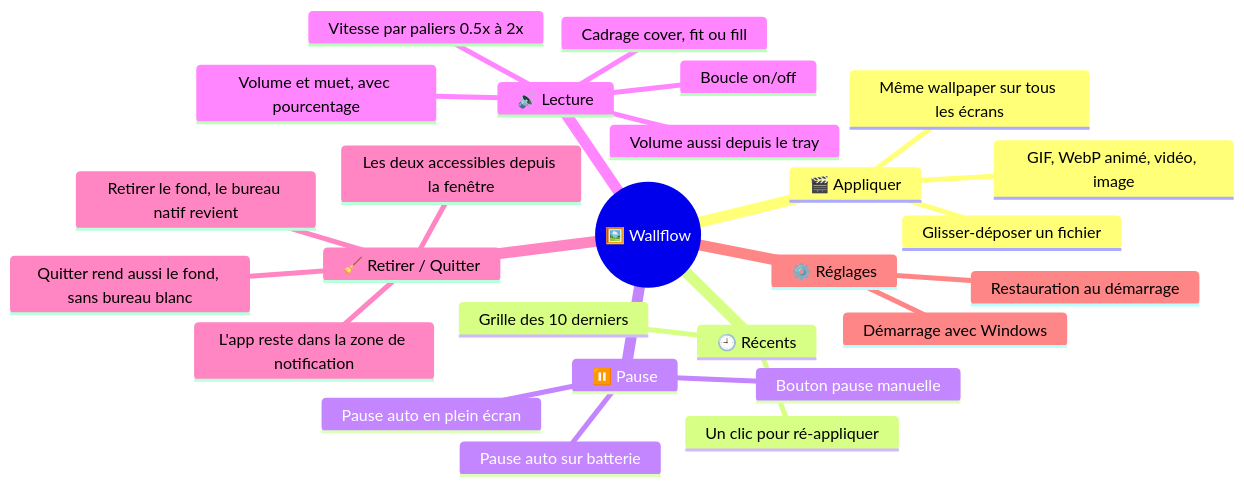
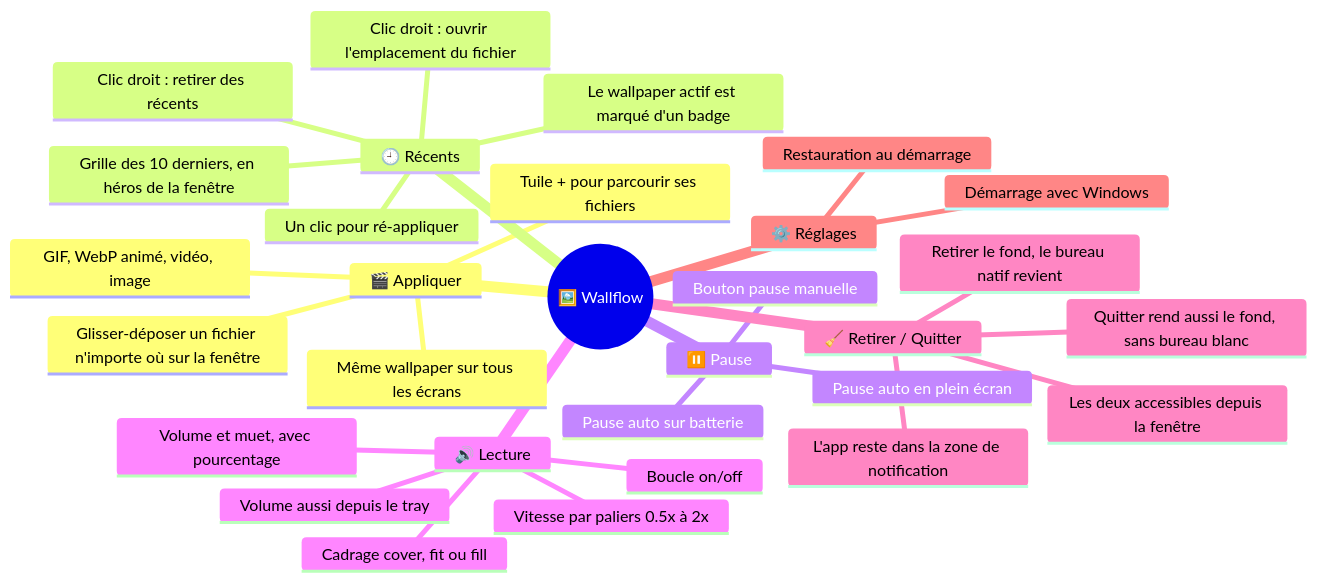
One commit to KevinT78/wallflow changed the first of 4 diagrams in docs/VUE-PRODUIT.md. Above: the diagram before and after it, drawn with Mermaid. The commit also changed other lines of this file and 2 other files, not shown here.

Commit message:
docs: sync refonte fenetre (glossaire, vue produit, architecture)

````diff
--- a/docs/VUE-PRODUIT.md
+++ b/docs/VUE-PRODUIT.md
@@ -22,29 +22,33 @@
 ```mermaid
 mindmap
   root((🖼️ Wallflow))
     🎬 Appliquer
-      Glisser-déposer un fichier
+      Glisser-déposer un fichier n'importe où sur la fenêtre
+      Tuile + pour parcourir ses fichiers
       GIF, WebP animé, vidéo, image
       Même wallpaper sur tous les écrans
     🕘 Récents
-      Grille des 10 derniers
+      Grille des 10 derniers, en héros de la fenêtre
       Un clic pour ré-appliquer
+      Le wallpaper actif est marqué d'un badge
+      Clic droit : retirer des récents
+      Clic droit : ouvrir l'emplacement du fichier
     ⏸️ Pause
       Bouton pause manuelle
       Pause auto en plein écran
       Pause auto sur batterie
     🔊 Lecture
       Volume et muet, avec pourcentage
       Cadrage cover, fit ou fill
       Boucle on/off
       Vitesse par paliers 0.5x à 2x
       Volume aussi depuis le tray
     🧹 Retirer / Quitter
       Retirer le fond, le bureau natif revient
       L'app reste dans la zone de notification
       Quitter rend aussi le fond, sans bureau blanc
       Les deux accessibles depuis la fenêtre
     ⚙️ Réglages
       Démarrage avec Windows
       Restauration au démarrage
 ```
````
